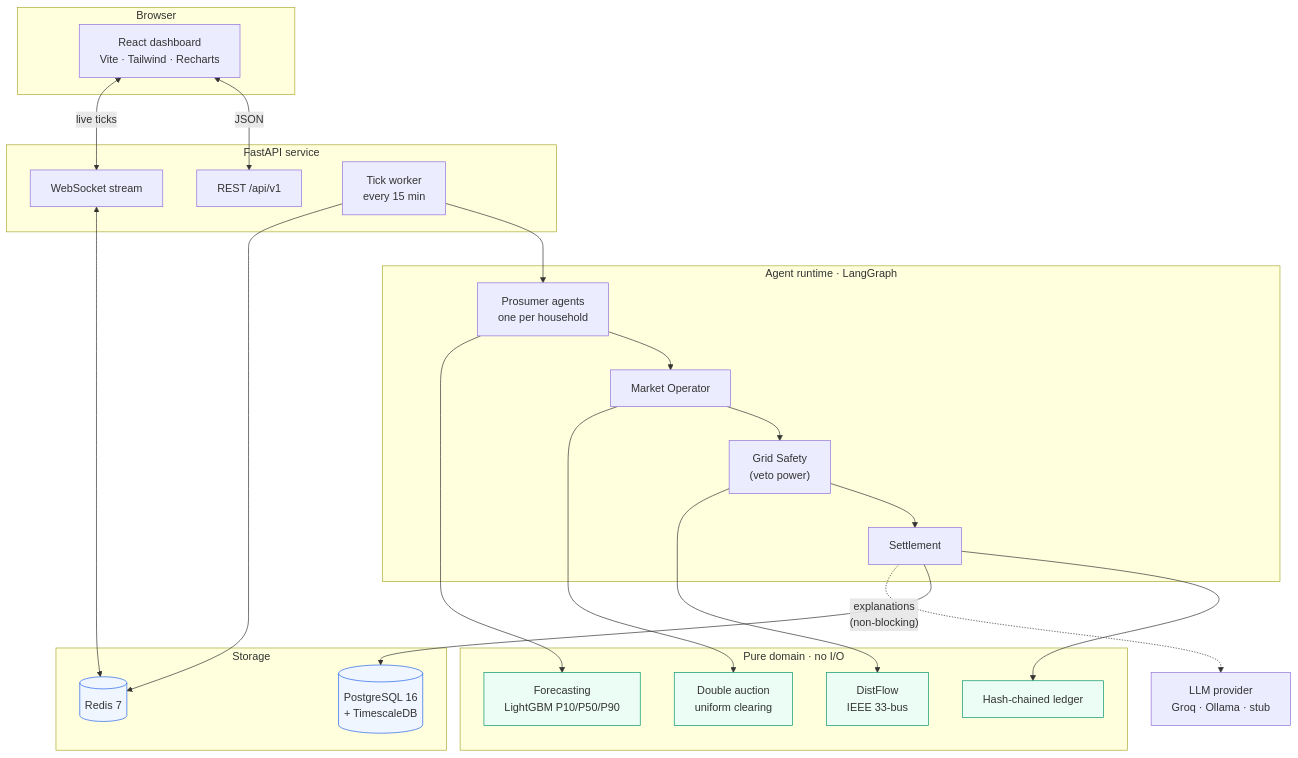
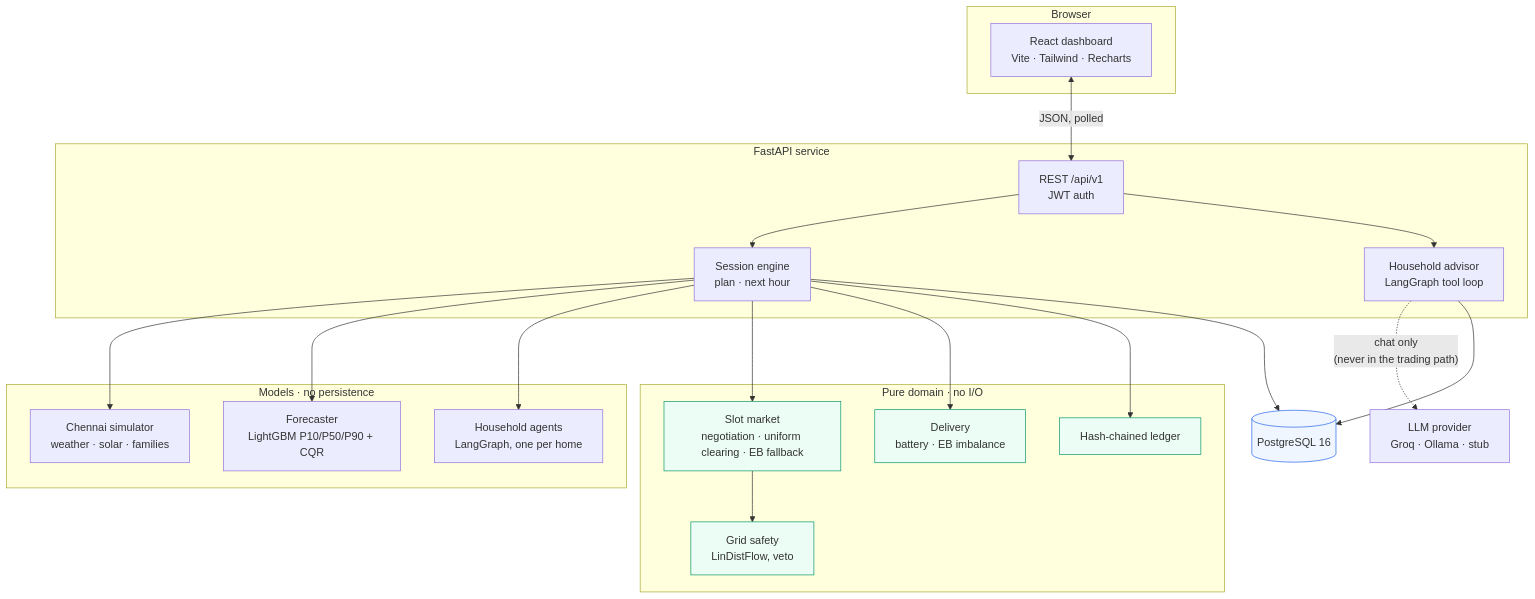
The first of 2 diagrams in docs/architecture.md (harish20044/Energy-Transfer), drawn with Mermaid before and after one commit. The commit also changed other lines of this file and 7 other files, not shown here.

First line of the commit message:
docs: ADRs 0007-0011 and an architecture that matches the code

````diff
--- a/docs/architecture.md
+++ b/docs/architecture.md
@@ -5,50 +5,46 @@
 ```mermaid
 flowchart TB
     subgraph client["Browser"]
         UI["React dashboard<br/>Vite · Tailwind · Recharts"]
     end
 
     subgraph api["FastAPI service"]
-        REST["REST /api/v1"]
-        WS["WebSocket stream"]
-        TICK["Tick worker<br/>every 15 min"]
+        REST["REST /api/v1<br/>JWT auth"]
+        ENG["Session engine<br/>plan · next hour"]
+        ADV["Household advisor<br/>LangGraph tool loop"]
     end
 
-    subgraph agents["Agent runtime · LangGraph"]
-        PA["Prosumer agents<br/>one per household"]
-        MO["Market Operator"]
-        GS["Grid Safety<br/>(veto power)"]
-        ST["Settlement"]
+    subgraph models["Models · no persistence"]
+        SIM["Chennai simulator<br/>weather · solar · families"]
+        FC["Forecaster<br/>LightGBM P10/P50/P90 + CQR"]
+        AG["Household agents<br/>LangGraph, one per home"]
     end
 
     subgraph domain["Pure domain · no I/O"]
-        FC["Forecasting<br/>LightGBM P10/P50/P90"]
-        AU["Double auction<br/>uniform clearing"]
-        DF["DistFlow<br/>IEEE 33-bus"]
+        MK["Slot market<br/>negotiation · uniform clearing · EB fallback"]
+        GS["Grid safety<br/>LinDistFlow, veto"]
+        DL["Delivery<br/>battery · EB imbalance"]
         LG["Hash-chained ledger"]
     end
 
-    subgraph data["Storage"]
-        PG[("PostgreSQL 16<br/>+ TimescaleDB")]
-        RD[("Redis 7")]
-    end
-
+    PG[("PostgreSQL 16")]
     LLM["LLM provider<br/>Groq · Ollama · stub"]
 
-    UI <-->|"JSON"| REST
-    UI <-->|"live ticks"| WS
-    TICK --> PA --> MO --> GS --> ST
-    PA --> FC
-    MO --> AU
-    GS --> DF
-    ST --> LG
-    ST --> PG
-    WS <--> RD
-    TICK --> RD
-    ST -. "explanations<br/>(non-blocking)" .-> LLM
+    UI <-->|"JSON, polled"| REST
+    REST --> ENG
+    REST --> ADV
+    ENG --> SIM
+    ENG --> FC
+    ENG --> AG
+    ENG --> MK --> GS
+    ENG --> DL
+    ENG --> LG
+    ENG --> PG
+    ADV -. "chat only<br/>(never in the trading path)" .-> LLM
+    ADV --> PG
 
     classDef pure fill:#ecfdf5,stroke:#059669
     classDef store fill:#eff6ff,stroke:#2563eb
-    class FC,AU,DF,LG pure
-    class PG,RD store
+    class MK,GS,DL,LG pure
+    class PG store
 ```
````
